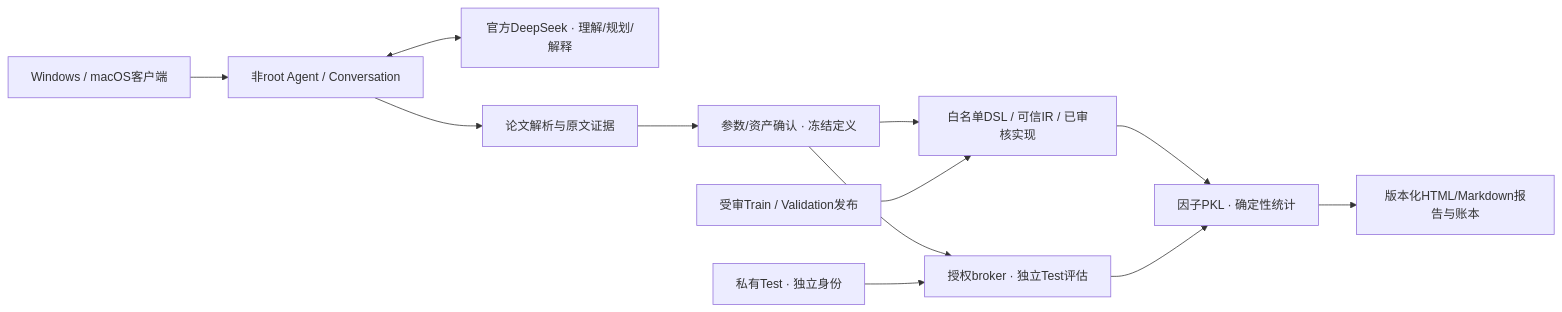
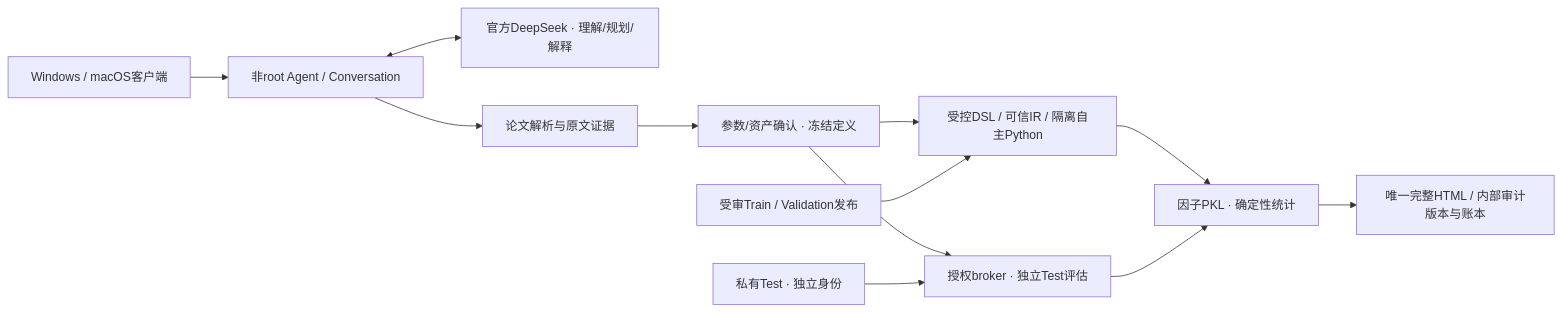
One commit to jijigua1/Jijigua_Quant_Agent changed the diagram in README.md. Above: the diagram before and after it, drawn with Mermaid. The commit also changed other lines of this file and 157 other files, not shown here.

````diff
--- a/README.md
+++ b/README.md
@@ -33,14 +48,14 @@
 ```mermaid
 flowchart LR
     C[Windows / macOS客户端] --> A[非root Agent / Conversation]
     A <--> M[官方DeepSeek · 理解/规划/解释]
     A --> P[论文解析与原文证据]
     P --> D[参数/资产确认 · 冻结定义]
-    D --> E[白名单DSL / 可信IR / 已审核实现]
+    D --> E[受控DSL / 可信IR / 隔离自主Python]
     R[受审Train / Validation发布] --> E
     E --> F[因子PKL · 确定性统计]
     D --> B[授权broker · 独立Test评估]
     T[私有Test · 独立身份] --> B
     B --> F
-    F --> H[版本化HTML/Markdown报告与账本]
+    F --> H[唯一完整HTML / 内部审计版本与账本]
 ```
````
